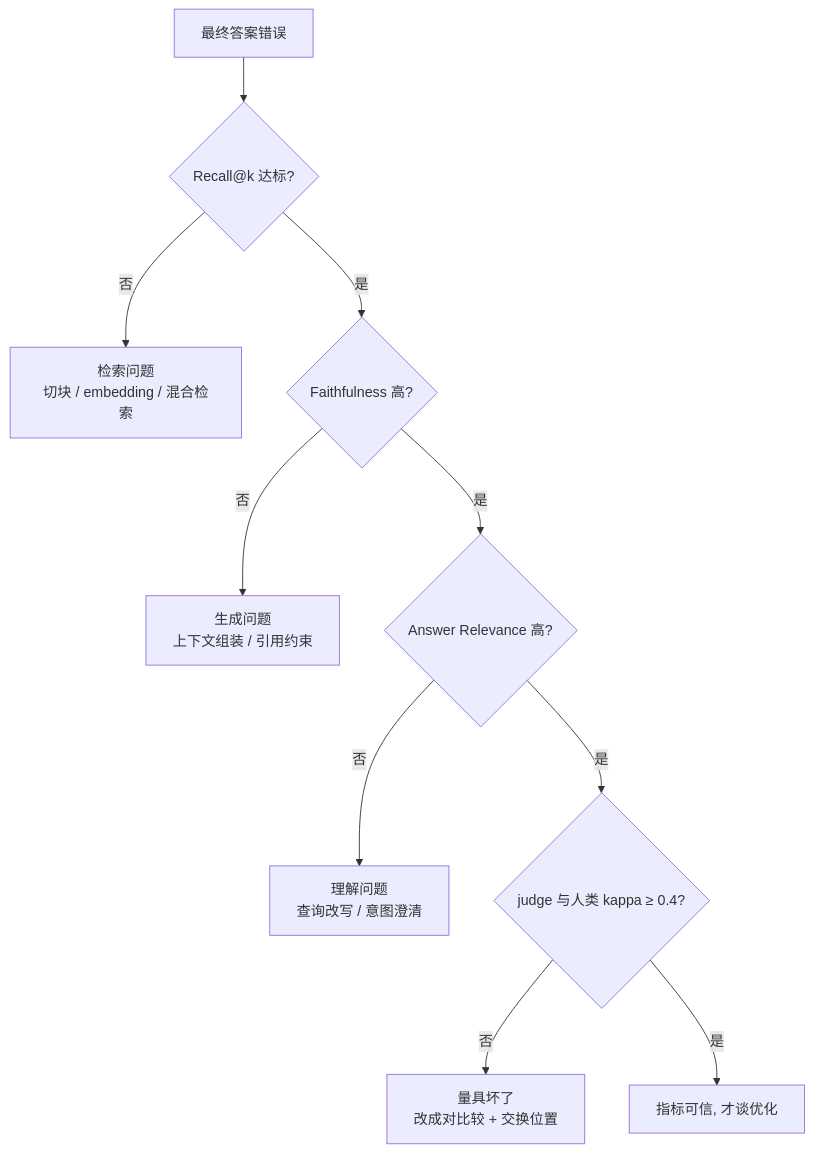
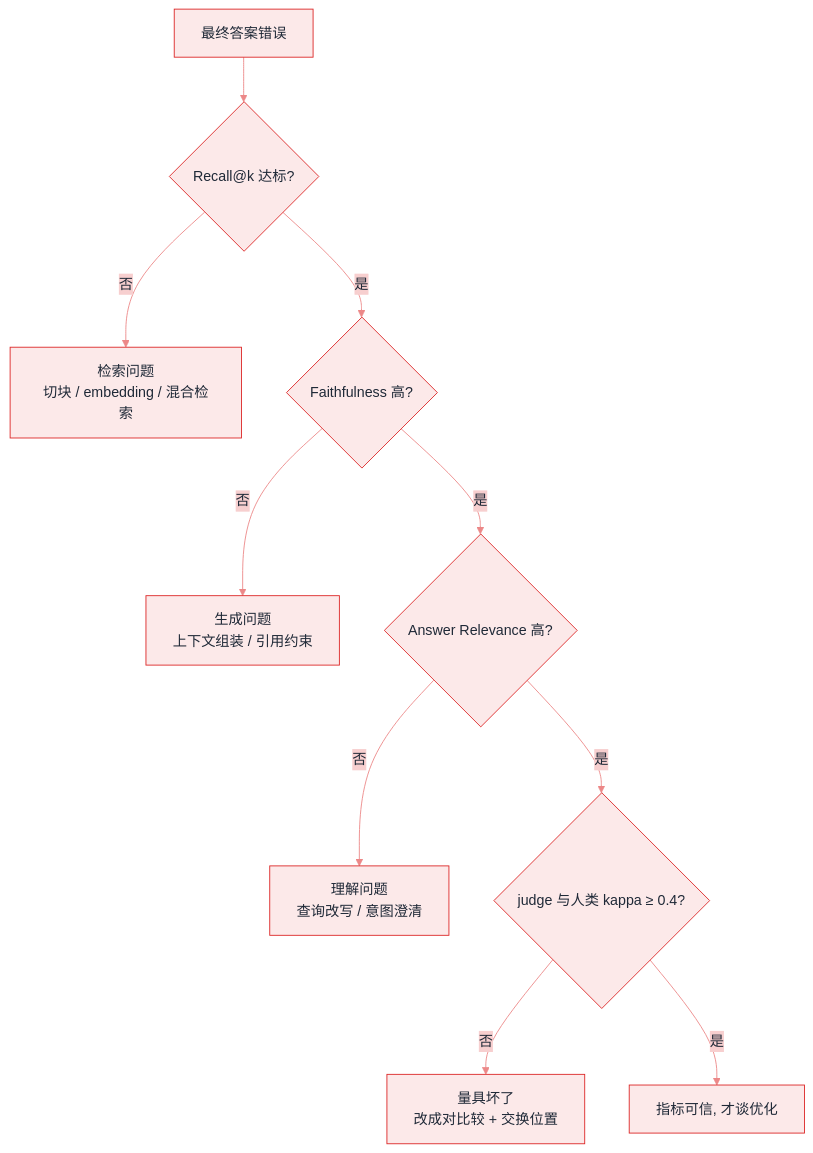
The diagram in docs/10-evaluation-safety/evaluation-metrics.md (funny8kids/ai-agent-handbook), drawn with Mermaid before and after one commit. The commit also changed 144 other files, not shown here.

First line of the commit message:
Theme all 154 Mermaid diagrams with per-chapter colors via %%{init}%% directives

````diff
--- a/docs/10-evaluation-safety/evaluation-metrics.md
+++ b/docs/10-evaluation-safety/evaluation-metrics.md
@@ -77,12 +77,13 @@
 ```mermaid
+%%{init: {"theme":"base","themeVariables":{"primaryColor":"#FCE9E9","primaryBorderColor":"#DC2626","primaryTextColor":"#1F2937","secondaryColor":"#F7CFCF","tertiaryColor":"#FEF6F6","lineColor":"#EC8888","actorBkg":"#FCEEEE","actorBorder":"#DC2626","actorTextColor":"#1F2937","signalColor":"#E76767","noteBkgColor":"#F9D8D8","noteBorderColor":"#DC2626","noteTextColor":"#1F2937","labelBoxBkgColor":"#FCE9E9","labelBoxBorderColor":"#DC2626"}}}%%
 flowchart TB
   A[最终答案错误] --> B{"Recall@k 达标?"}
   B -- 否 --> B1[检索问题<br/>切块 / embedding / 混合检索]
   B -- 是 --> C{"Faithfulness 高?"}
   C -- 否 --> C1[生成问题<br/>上下文组装 / 引用约束]
   C -- 是 --> D{"Answer Relevance 高?"}
   D -- 否 --> D1[理解问题<br/>查询改写 / 意图澄清]
   D -- 是 --> E{judge 与人类 kappa ≥ 0.4?}
   E -- 否 --> E1[量具坏了<br/>改成对比较 + 交换位置]
   E -- 是 --> F[指标可信, 才谈优化]
 ```
````
